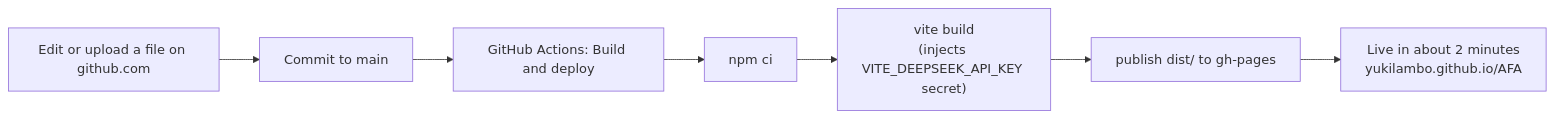
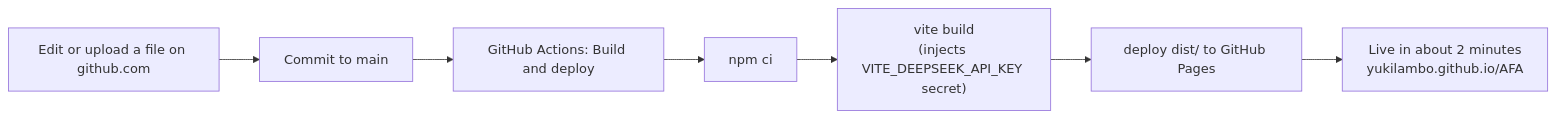
One commit to YukiLambo/AFA changed the fifth of 5 diagrams in README.md. Above: the diagram before and after it, drawn with Mermaid. The commit also changed other lines of this file and 6 other files, not shown here.

````diff
--- a/README.md
+++ b/README.md
@@ -297,7 +297,7 @@
 ```mermaid
 flowchart LR
   E["Edit or upload a file on github.com"] --> M["Commit to main"]
   M --> A["GitHub Actions: Build and deploy"]
-  A --> I["npm ci"] --> B["vite build<br/>(injects VITE_DEEPSEEK_API_KEY secret)"] --> P["publish dist/ to gh-pages"]
+  A --> I["npm ci"] --> B["vite build<br/>(injects VITE_DEEPSEEK_API_KEY secret)"] --> P["deploy dist/ to GitHub Pages"]
   P --> L["Live in about 2 minutes<br/>yukilambo.github.io/AFA"]
 ```
````
